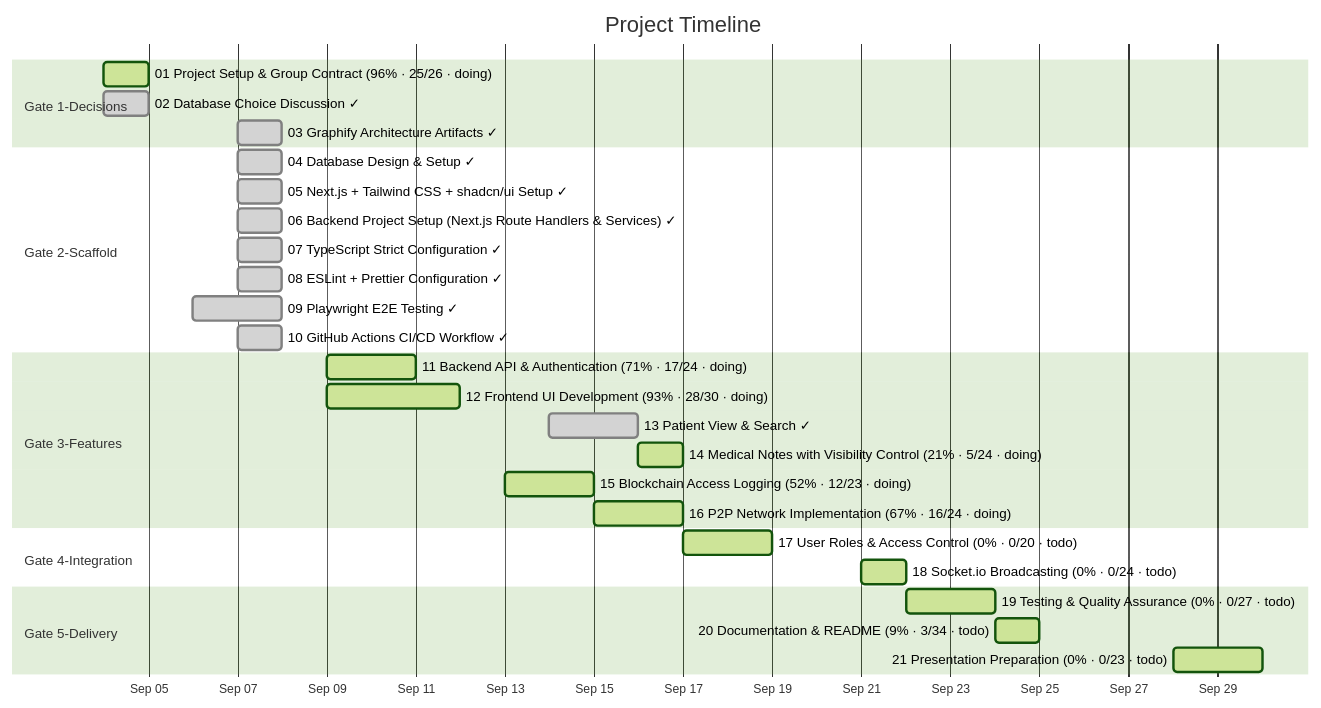
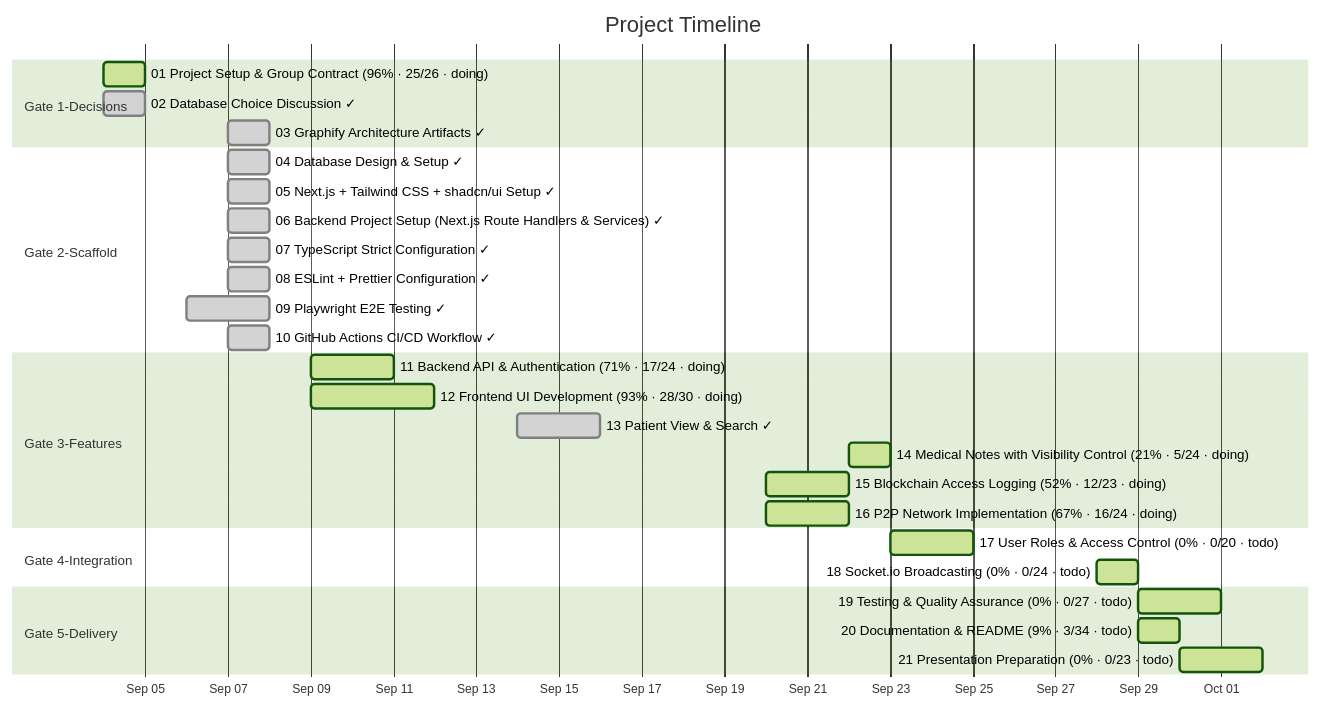
The diagram in docs/diagrams/task-gantt.md (matdevstamp/inl-3-awesome-journal), drawn with Mermaid (forest theme) before and after one commit. The commit also changed 8 other files, not shown here.

Commit message:
docs: slide remaining task deadlines and regenerate plan diagrams

````diff
--- a/docs/diagrams/task-gantt.md
+++ b/docs/diagrams/task-gantt.md
@@ -25,33 +25,33 @@
 ```mermaid
 gantt
     title Project Timeline
     dateFormat  YYYY-MM-DD
     axisFormat  %b %d
 
     section Gate 1-Decisions
     01 Project Setup & Group Contract (96% · 25/26 · doing) : active, 2026-09-04, 1d
     02 Database Choice Discussion ✓ : done, 2026-09-04, 1d
     03 Graphify Architecture Artifacts ✓ : done, 2026-09-07, 1d
     section Gate 2-Scaffold
     04 Database Design & Setup ✓ : done, 2026-09-07, 1d
     05 Next.js + Tailwind CSS + shadcn/ui Setup ✓ : done, 2026-09-07, 1d
     06 Backend Project Setup (Next.js Route Handlers & Services) ✓ : done, 2026-09-07, 1d
     07 TypeScript Strict Configuration ✓ : done, 2026-09-07, 1d
     08 ESLint + Prettier Configuration ✓ : done, 2026-09-07, 1d
     09 Playwright E2E Testing ✓ : done, 2026-09-06, 2d
     10 GitHub Actions CI/CD Workflow ✓ : done, 2026-09-07, 1d
     section Gate 3-Features
     11 Backend API & Authentication (71% · 17/24 · doing) : active, 2026-09-09, 2d
     12 Frontend UI Development (93% · 28/30 · doing) : active, 2026-09-09, 3d
     13 Patient View & Search ✓ : done, 2026-09-14, 2d
-    14 Medical Notes with Visibility Control (21% · 5/24 · doing) : active, 2026-09-16, 1d
-    15 Blockchain Access Logging (52% · 12/23 · doing) : active, 2026-09-13, 2d
-    16 P2P Network Implementation (67% · 16/24 · doing) : active, 2026-09-15, 2d
+    14 Medical Notes with Visibility Control (21% · 5/24 · doing) : active, 2026-09-22, 1d
+    15 Blockchain Access Logging (52% · 12/23 · doing) : active, 2026-09-20, 2d
+    16 P2P Network Implementation (67% · 16/24 · doing) : active, 2026-09-20, 2d
     section Gate 4-Integration
-    17 User Roles & Access Control (0% · 0/20 · todo) : active, 2026-09-17, 2d
-    18 Socket.io Broadcasting (0% · 0/24 · todo) : active, 2026-09-21, 1d
+    17 User Roles & Access Control (0% · 0/20 · todo) : active, 2026-09-23, 2d
+    18 Socket.io Broadcasting (0% · 0/24 · todo) : active, 2026-09-28, 1d
     section Gate 5-Delivery
-    19 Testing & Quality Assurance (0% · 0/27 · todo) : active, 2026-09-22, 2d
-    20 Documentation & README (9% · 3/34 · todo) : active, 2026-09-24, 1d
-    21 Presentation Preparation (0% · 0/23 · todo) : active, 2026-09-28, 2d
+    19 Testing & Quality Assurance (0% · 0/27 · todo) : active, 2026-09-29, 2d
+    20 Documentation & README (9% · 3/34 · todo) : active, 2026-09-29, 1d
+    21 Presentation Preparation (0% · 0/23 · todo) : active, 2026-09-30, 2d
 ```
````
